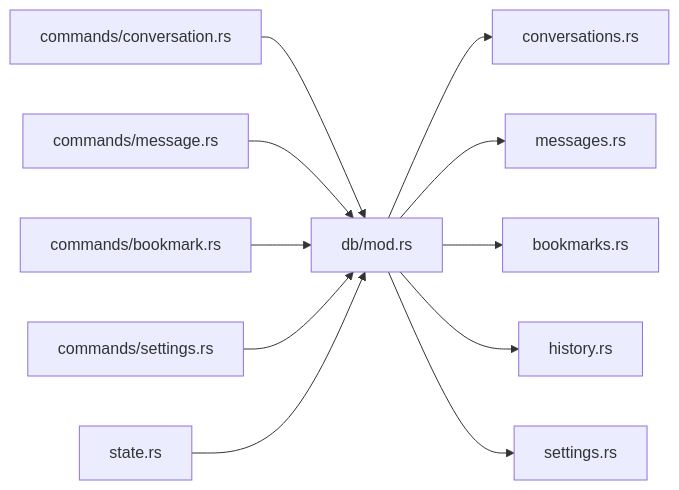
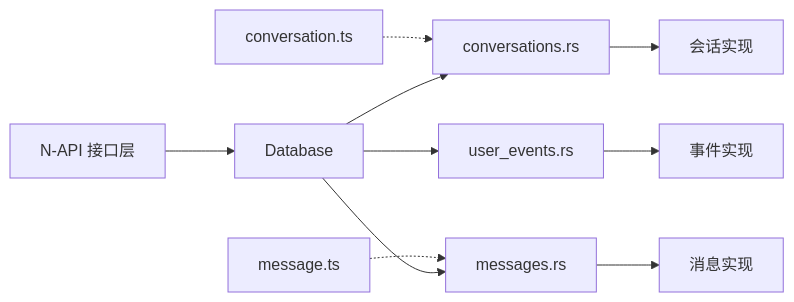
Before and after one commit to baike08/cosurf: the fifth of 5 diagrams in .qoder/repowiki/zh/content/数据库设计/数据库设计.md, drawn with Mermaid. The commit also changed other lines of this file and 23 other files, not shown here.

````diff
--- a/.qoder/repowiki/zh/content/数据库设计/数据库设计.md
+++ b/.qoder/repowiki/zh/content/数据库设计/数据库设计.md
@@ -464,13 +396,12 @@
 ```mermaid
 graph LR
-CMD_CONV["commands/conversation.rs"] --> DB["db/mod.rs"]
-CMD_MSG["commands/message.rs"] --> DB
-CMD_BM["commands/bookmark.rs"] --> DB
-CMD_SET["commands/settings.rs"] --> DB
+NAPI["N-API 接口层"] --> DB["Database"]
 DB --> MOD_CONVS["conversations.rs"]
 DB --> MOD_MSGS["messages.rs"]
-DB --> MOD_BM["bookmarks.rs"]
-DB --> MOD_HIS["history.rs"]
-DB --> MOD_SET["settings.rs"]
-STATE["state.rs"] --> DB
+DB --> MOD_USER_EVENTS["user_events.rs"]
+MOD_CONVS --> CONV_IMPL["会话实现"]
+MOD_MSGS --> MSG_IMPL["消息实现"]
+MOD_USER_EVENTS --> EVENT_IMPL["事件实现"]
+SH_CONV["conversation.ts"] -.-> MOD_CONVS
+SH_MSG["message.ts"] -.-> MOD_MSGS
 ```
````
